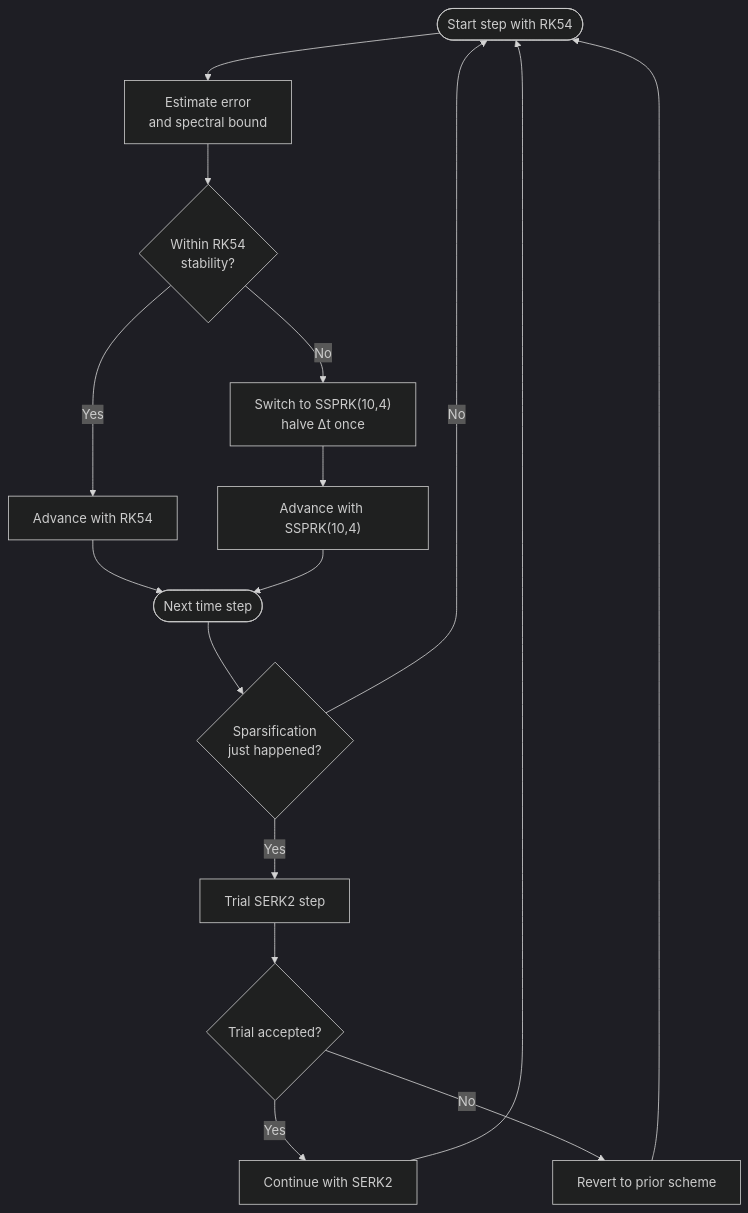
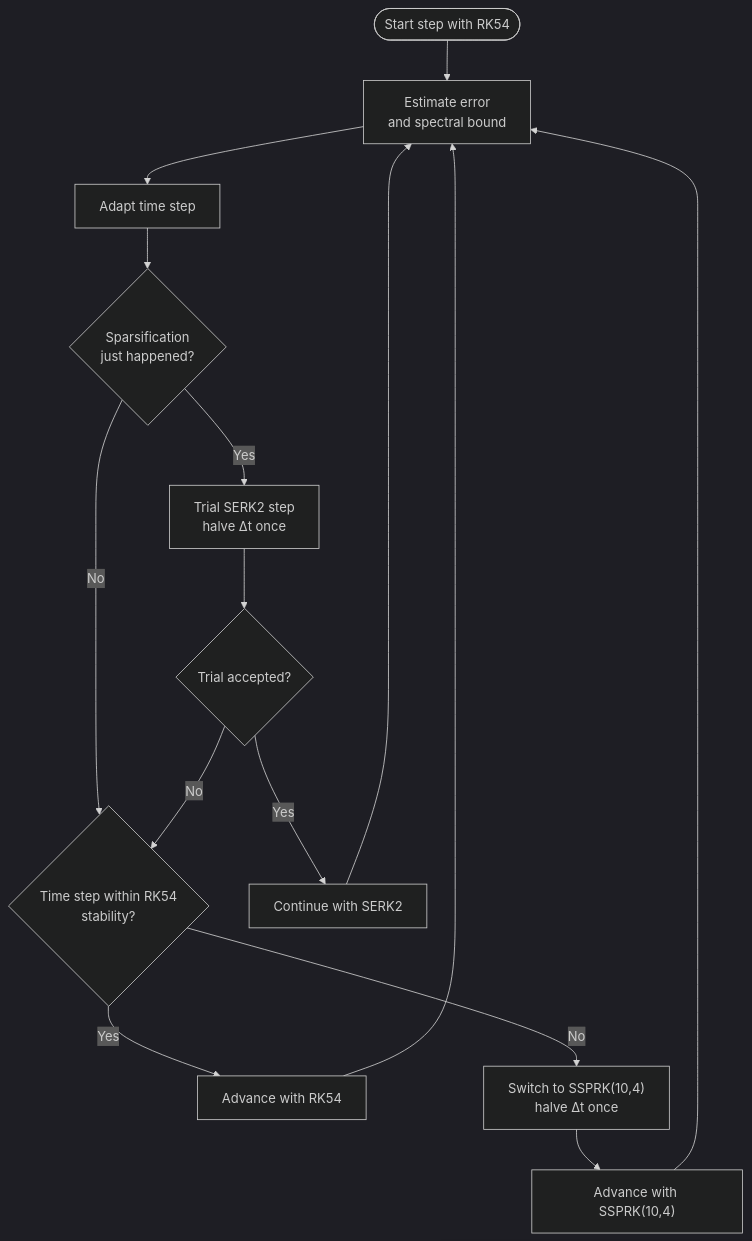
One commit to DMFT-evolution/DYNAMITE changed the diagram in docs/concepts/time-integration.md. Above: the diagram before and after it, drawn with Mermaid (dark theme). The commit also changed other lines of this file and 1 other file, not shown here.

Commit message:
Updating documentation part 7

````diff
--- a/docs/concepts/time-integration.md
+++ b/docs/concepts/time-integration.md
@@ -11,25 +11,24 @@
 ```mermaid
 flowchart TD
   start([Start step with RK54])
   estimate[Estimate error<br/>and spectral bound]
-  within{Within RK54<br/>stability?}
+  adapt[Adapt time step]
+  within{Time step within RK54<br/>stability?}
   rk54[Advance with RK54]
   switch["Switch to SSPRK(10,4)"<br/>halve Δt once]
   ssprk["Advance with SSPRK(10,4)"]
   sparsify{Sparsification<br/>just happened?}
-  serk2_trial[Trial SERK2 step]
+  serk2_trial[Trial SERK2 step<br/>halve Δt once]
   accept{Trial accepted?}
   serk2[Continue with SERK2]
-  revert[Revert to prior scheme]
-  exit([Next time step])
 
   start --> estimate
-  estimate --> within
-  within -->|Yes| rk54 --> exit
-  within -->|No| switch --> ssprk --> exit
-  exit --> sparsify
-  sparsify -->|No| start
+  estimate --> adapt
+  adapt --> sparsify
+  within -->|Yes| rk54 --> estimate
+  within -->|No| switch --> ssprk --> estimate
+  sparsify -->|No| within
   sparsify -->|Yes| serk2_trial --> accept
-  accept -->|Yes| serk2 --> start
-  accept -->|No| revert --> start
+  accept -->|Yes| serk2 --> estimate
+  accept -->|No| within
 ```
````
